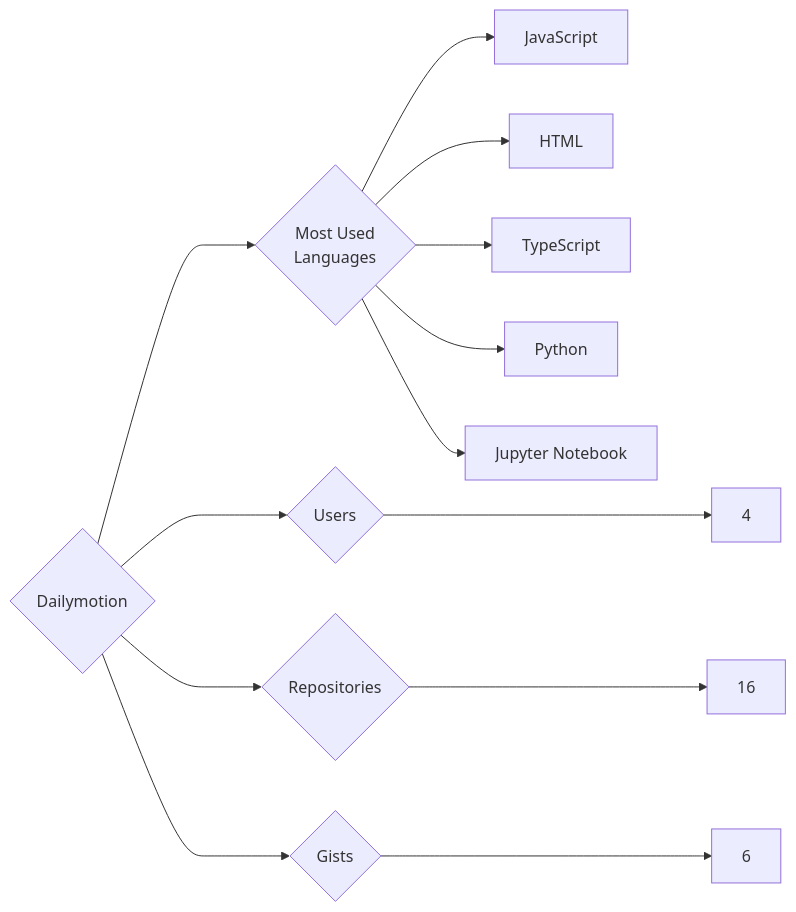
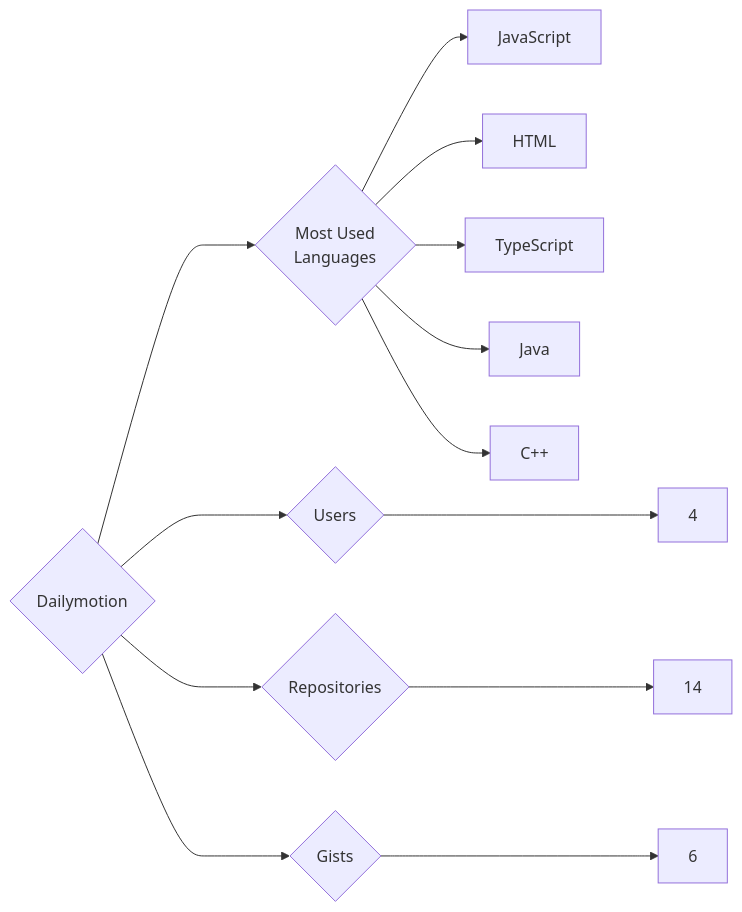
The diagram in targets/Dailymotion/README.md (trickest/insiders), drawn with Mermaid before and after one commit. The commit also changed 1036 other files, not shown here.

````diff
--- a/targets/Dailymotion/README.md
+++ b/targets/Dailymotion/README.md
@@ -3,13 +3,13 @@
 ```mermaid
 graph LR
 COMPANY_NAME{Dailymotion}
 COMPANY_NAME ---> U{Users} ---> UN[4]
-COMPANY_NAME ---> R{Repositories} ---> RN[16]
+COMPANY_NAME ---> R{Repositories} ---> RN[14]
 COMPANY_NAME ---> G{Gists} ---> GN[6]
 COMPANY_NAME ---> ML{Most Used<br>Languages}
 ML --> JavaScript[JavaScript]
 ML --> HTML[HTML]
 ML --> TypeScript[TypeScript]
-ML --> Python[Python]
-ML --> Jupyter_Notebook[Jupyter Notebook]
+ML --> Java[Java]
+ML --> C++[C++]
 ```
````
